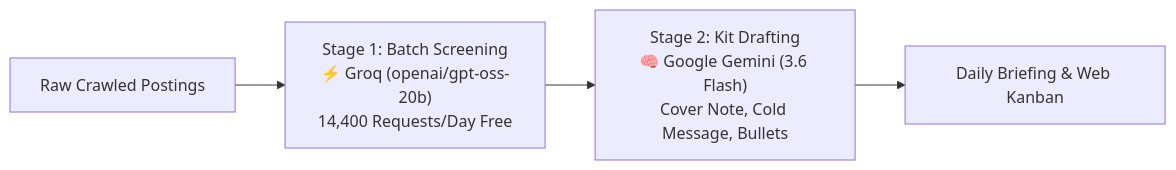
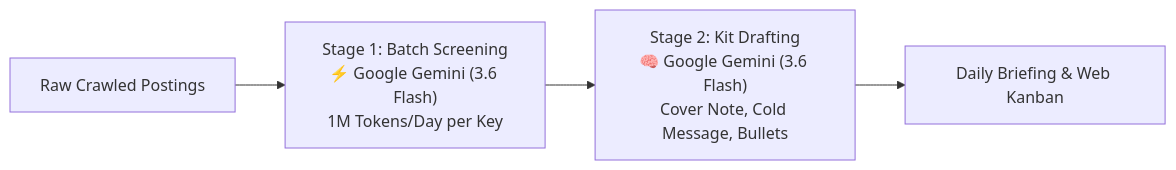
The diagram in README.md (tanish-jain-225/job-hunter), drawn with Mermaid before and after one commit. The commit also changed other lines of this file and 3 other files, not shown here.

Commit message:
feat(ai): establish Google Gemini 3.6 Flash as sole primary AI engine and optimize service constraints

````diff
--- a/README.md
+++ b/README.md
@@ -257,6 +255,6 @@
 ```mermaid
 flowchart LR
-    A["Raw Crawled Postings"] --> B["Stage 1: Batch Screening<br/>⚡ Groq (openai/gpt-oss-20b)<br/>14,400 Requests/Day Free"]
+    A["Raw Crawled Postings"] --> B["Stage 1: Batch Screening<br/>⚡ Google Gemini (3.6 Flash)<br/>1M Tokens/Day per Key"]
     B --> C["Stage 2: Kit Drafting<br/>🧠 Google Gemini (3.6 Flash)<br/>Cover Note, Cold Message, Bullets"]
     C --> D["Daily Briefing & Web Kanban"]
 ```
````
